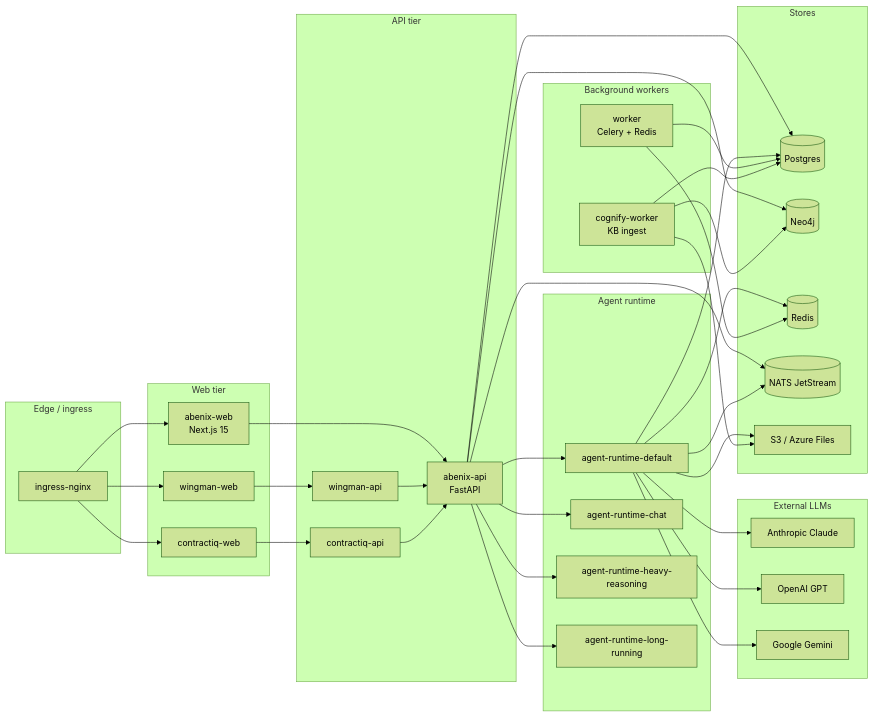
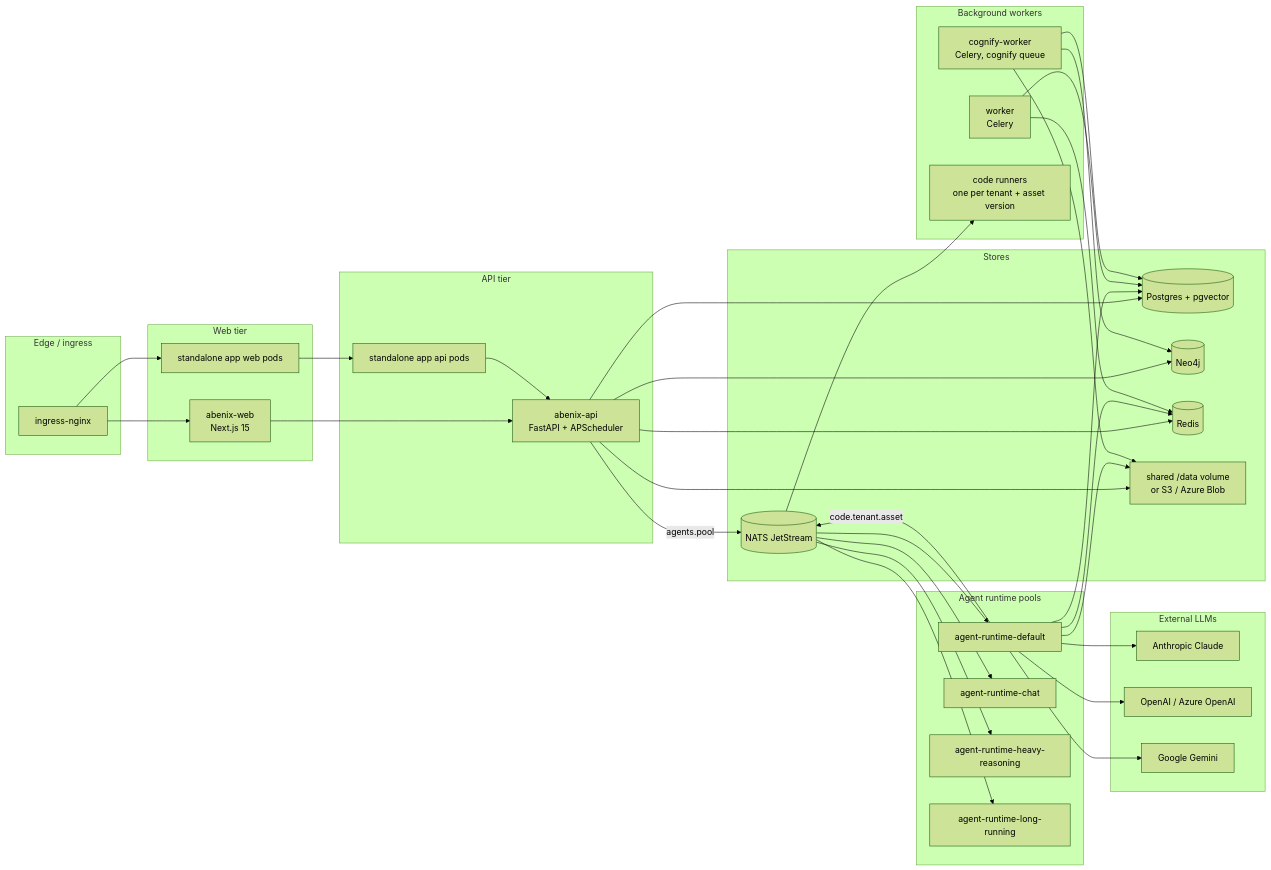
Before and after one commit to sarkar4777/abenix: the second of 2 diagrams in docs/01-architecture/00-overview.md, drawn with Mermaid (forest theme). The commit also changed other lines of this file and 288 other files, not shown here.

````diff
--- a/docs/01-architecture/00-overview.md
+++ b/docs/01-architecture/00-overview.md
@@ -54,72 +59,71 @@
 ```mermaid
 flowchart LR
   subgraph EDGE["Edge / ingress"]
     NG[ingress-nginx]
   end
 
   subgraph WEB["Web tier"]
     AW[abenix-web<br/>Next.js 15]
-    WW[wingman-web]
-    CW[contractiq-web]
+    SW[standalone app web pods]
   end
 
   subgraph API["API tier"]
-    AAPI[abenix-api<br/>FastAPI]
-    WAPI[wingman-api]
-    CAPI[contractiq-api]
+    AAPI[abenix-api<br/>FastAPI + APScheduler]
+    SAPI[standalone app api pods]
   end
 
-  subgraph RUNTIME["Agent runtime"]
+  subgraph RUNTIME["Agent runtime pools"]
     AR1[agent-runtime-default]
     AR2[agent-runtime-chat]
     AR3[agent-runtime-heavy-reasoning]
     AR4[agent-runtime-long-running]
   end
 
   subgraph WORKERS["Background workers"]
-    W1[worker<br/>Celery + Redis]
-    W2[cognify-worker<br/>KB ingest]
+    W1[worker<br/>Celery]
+    W2[cognify-worker<br/>Celery, cognify queue]
+    CR[code runners<br/>one per tenant + asset version]
   end
 
   subgraph DATA["Stores"]
-    PG[(Postgres)]
+    PG[(Postgres + pgvector)]
     NEO[(Neo4j)]
     R[(Redis)]
     NATS[(NATS JetStream)]
-    S3[S3 / Azure Files]
+    FS["shared /data volume<br/>or S3 / Azure Blob"]
   end
 
   subgraph LLM["External LLMs"]
     AN[Anthropic Claude]
-    OA[OpenAI GPT]
+    OA[OpenAI / Azure OpenAI]
     GO[Google Gemini]
   end
 
   NG --> AW
-  NG --> WW
-  NG --> CW
+  NG --> SW
   AW --> AAPI
-  WW --> WAPI
-  CW --> CAPI
-  WAPI --> AAPI
-  CAPI --> AAPI
+  SW --> SAPI
+  SAPI --> AAPI
   AAPI --> PG
   AAPI --> NEO
-  AAPI --> NATS
-  AAPI --> AR1
-  AAPI --> AR2
-  AAPI --> AR3
-  AAPI --> AR4
+  AAPI --> R
+  AAPI --> FS
+  AAPI -- agents.pool --> NATS
+  NATS --> AR1
+  NATS --> AR2
+  NATS --> AR3
+  NATS --> AR4
   AR1 --> PG
   AR1 --> R
-  AR1 --> S3
+  AR1 --> FS
   AR1 --> AN
   AR1 --> OA
   AR1 --> GO
-  AR1 --> NATS
+  AR1 -- code.tenant.asset --> NATS
+  NATS --> CR
   W1 --> PG
   W1 --> R
   W2 --> PG
   W2 --> NEO
-  W2 --> S3
+  W2 --> FS
 ```
````
